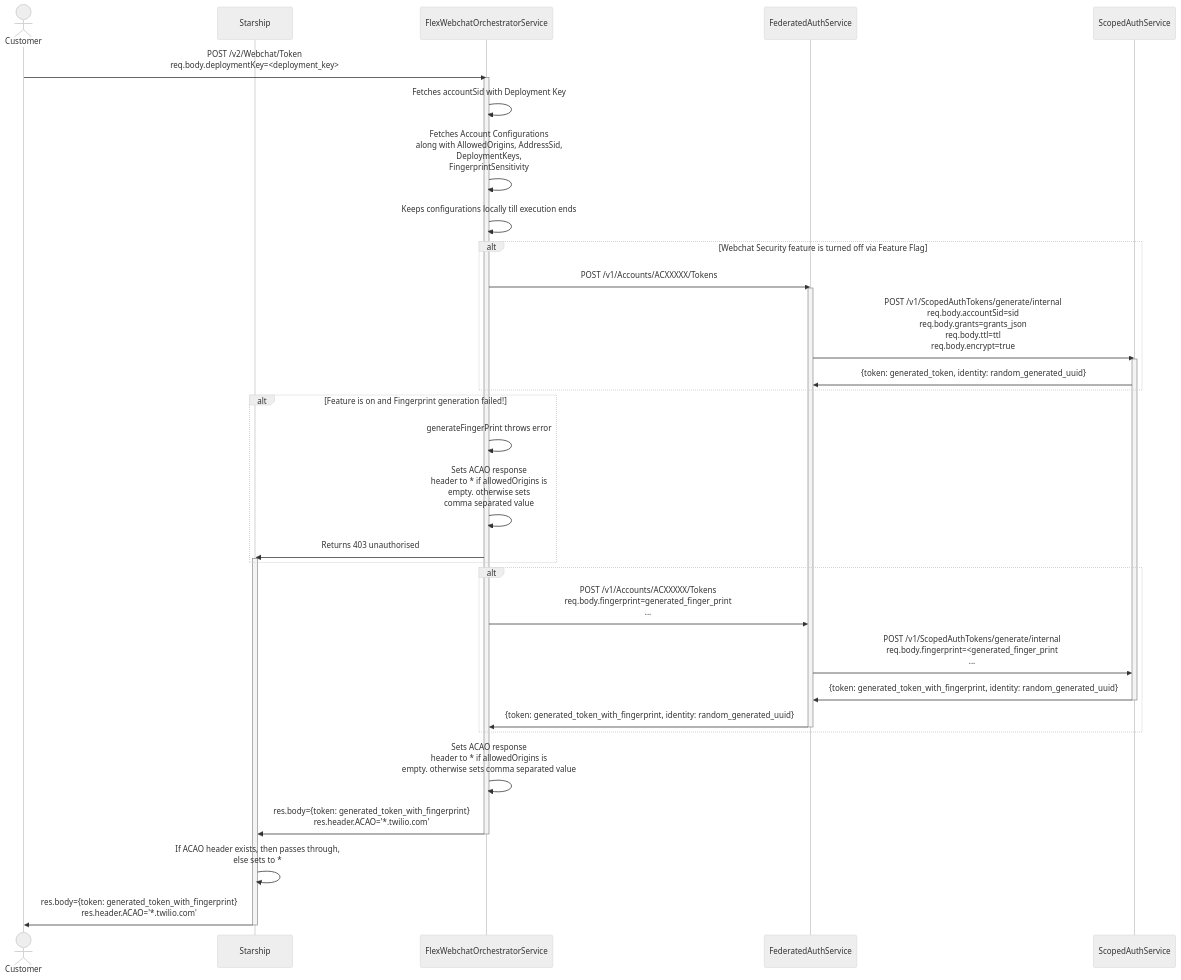
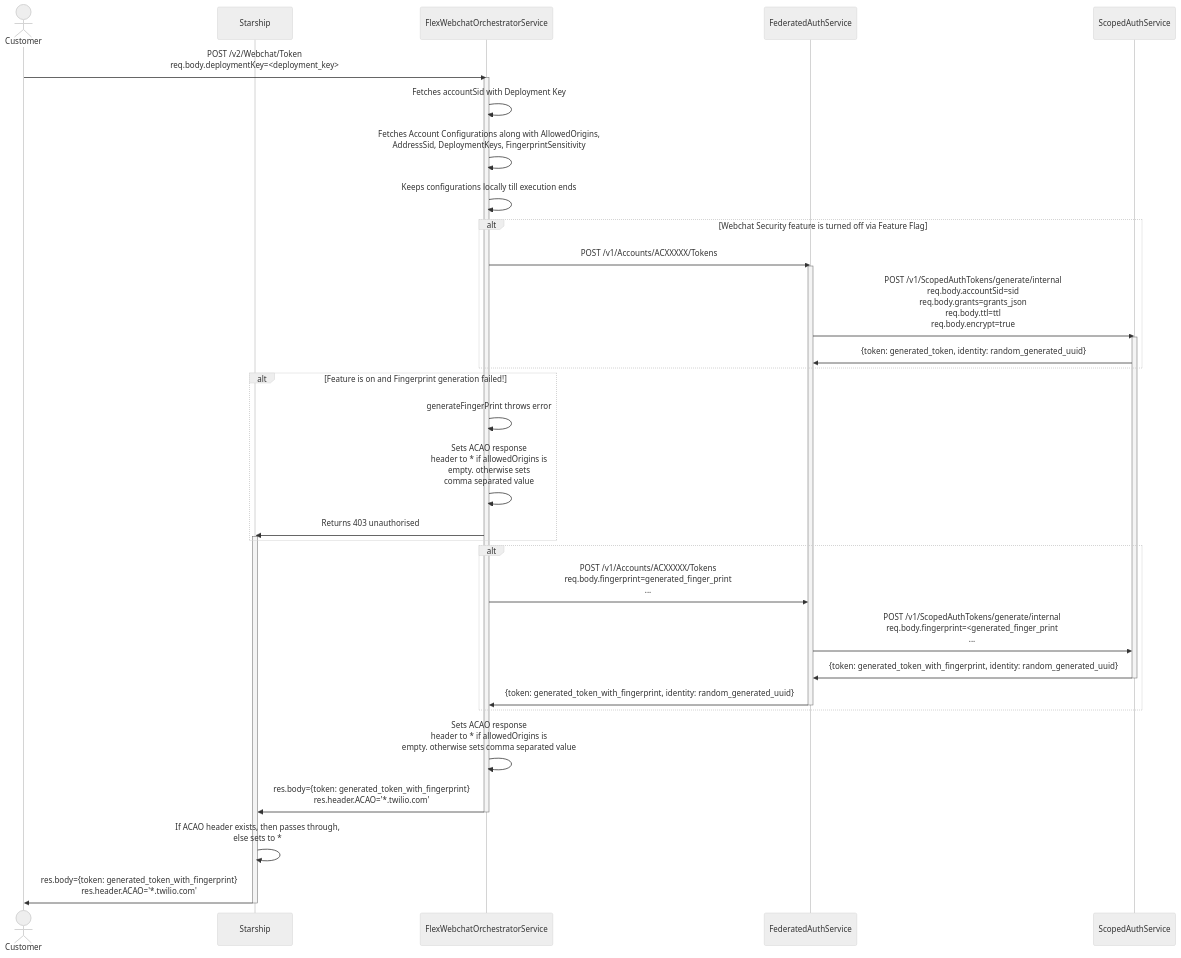
One commit to twilio/twilio-webchat-react-app changed the diagram in seq_webchat_create_token.md. Above: the diagram before and after it, drawn with Mermaid (neutral theme).

````diff
--- a/seq_webchat_create_token.md
+++ b/seq_webchat_create_token.md
@@ -1,48 +1,48 @@
 ```mermaid
 %% Webchat Create Token
 sequenceDiagram
 
 actor C as Customer
 participant S as Starship
 participant FWO as FlexWebchatOrchestratorService
 participant FAS as FederatedAuthService
 participant SAS as ScopedAuthService
 
 C ->> FWO : POST /v2/Webchat/Token <br/>req.body.deploymentKey=<deployment_key>
 activate FWO
 FWO ->> FWO : Fetches accountSid with Deployment Key
-FWO ->> FWO : Fetches Account Configurations <br/>along with AllowedOrigins, AddressSid, <br/>DeploymentKeys, <br/>FingerprintSensitivity
+FWO ->> FWO : Fetches Account Configurations along with AllowedOrigins,<br/>AddressSid, DeploymentKeys, FingerprintSensitivity
 FWO ->> FWO : Keeps configurations locally till execution ends
 
 alt Webchat Security feature is turned off via Feature Flag
 	FWO ->> FAS : POST /v1/Accounts/ACXXXXX/Tokens
 	activate FAS
 	FAS ->> SAS : POST /v1/ScopedAuthTokens/generate/internal <br/>req.body.accountSid=sid <br/>req.body.grants=grants_json <br/>req.body.ttl=ttl<br/>req.body.encrypt=true
 	activate SAS
 	SAS ->> FAS : {token: generated_token, identity: random_generated_uuid}
 end
 
 alt Feature is on and Fingerprint generation failed!
 	FWO ->> FWO: generateFingerPrint throws error
 	FWO ->> FWO : Sets ACAO response <br/>header to * if allowedOrigins is <br/>empty. otherwise sets <br/>comma separated value
 	FWO ->> S : Returns 403 unauthorised
 	activate S
 end
 
 alt #LightBlue Feature is turned on & Fingerprint is generated
 	FWO ->> FAS : POST /v1/Accounts/ACXXXXX/Tokens <br/>req.body.fingerprint=generated_finger_print <br/>... 
 	FAS ->> SAS : POST /v1/ScopedAuthTokens/generate/internal <br/>req.body.fingerprint=<generated_finger_print <br/>...
 	SAS ->> FAS : {token: generated_token_with_fingerprint, identity: random_generated_uuid}
 	deactivate SAS
 	FAS ->> FWO : {token: generated_token_with_fingerprint, identity: random_generated_uuid}
 	deactivate FAS
 end
 
 FWO ->> FWO : Sets ACAO response <br/>header to * if allowedOrigins is <br/>empty. otherwise sets comma separated value
 FWO ->> S : res.body={token: generated_token_with_fingerprint}<br/>res.header.ACAO='*.twilio.com'
 deactivate FWO
 S ->> S : If ACAO header exists, then passes through, <br/>else sets to *
 S ->> C : res.body={token: generated_token_with_fingerprint}<br/>res.header.ACAO='*.twilio.com'
 deactivate S
 
 ```
````
